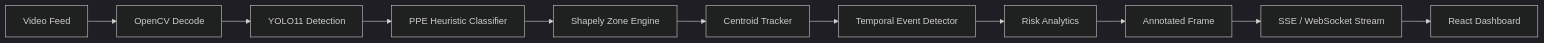
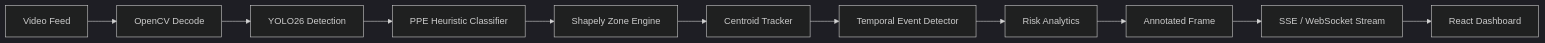
One commit to Smear6uard/HazardLens changed the diagram in README.md. Above: the diagram before and after it, drawn with Mermaid (dark theme). The commit also changed other lines of this file and 9 other files, not shown here.

````diff
--- a/README.md
+++ b/README.md
@@ -13,13 +15,13 @@
 ```mermaid
 graph LR
     A[Video Feed] --> B[OpenCV Decode]
-    B --> C[YOLO11 Detection]
+    B --> C[YOLO26 Detection]
     C --> D[PPE Heuristic Classifier]
     D --> E[Shapely Zone Engine]
     E --> F[Centroid Tracker]
     F --> G[Temporal Event Detector]
     G --> H[Risk Analytics]
     H --> I[Annotated Frame]
     I --> J[SSE / WebSocket Stream]
     J --> K[React Dashboard]
 ```
````
